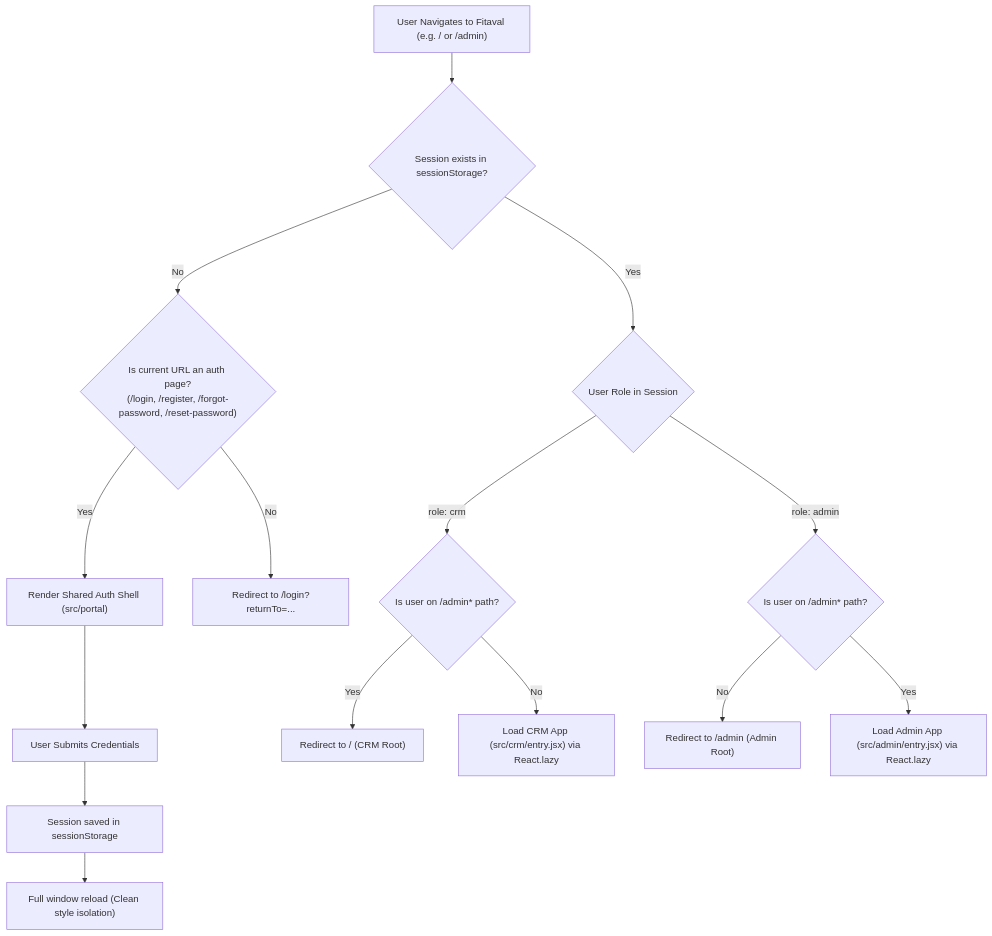
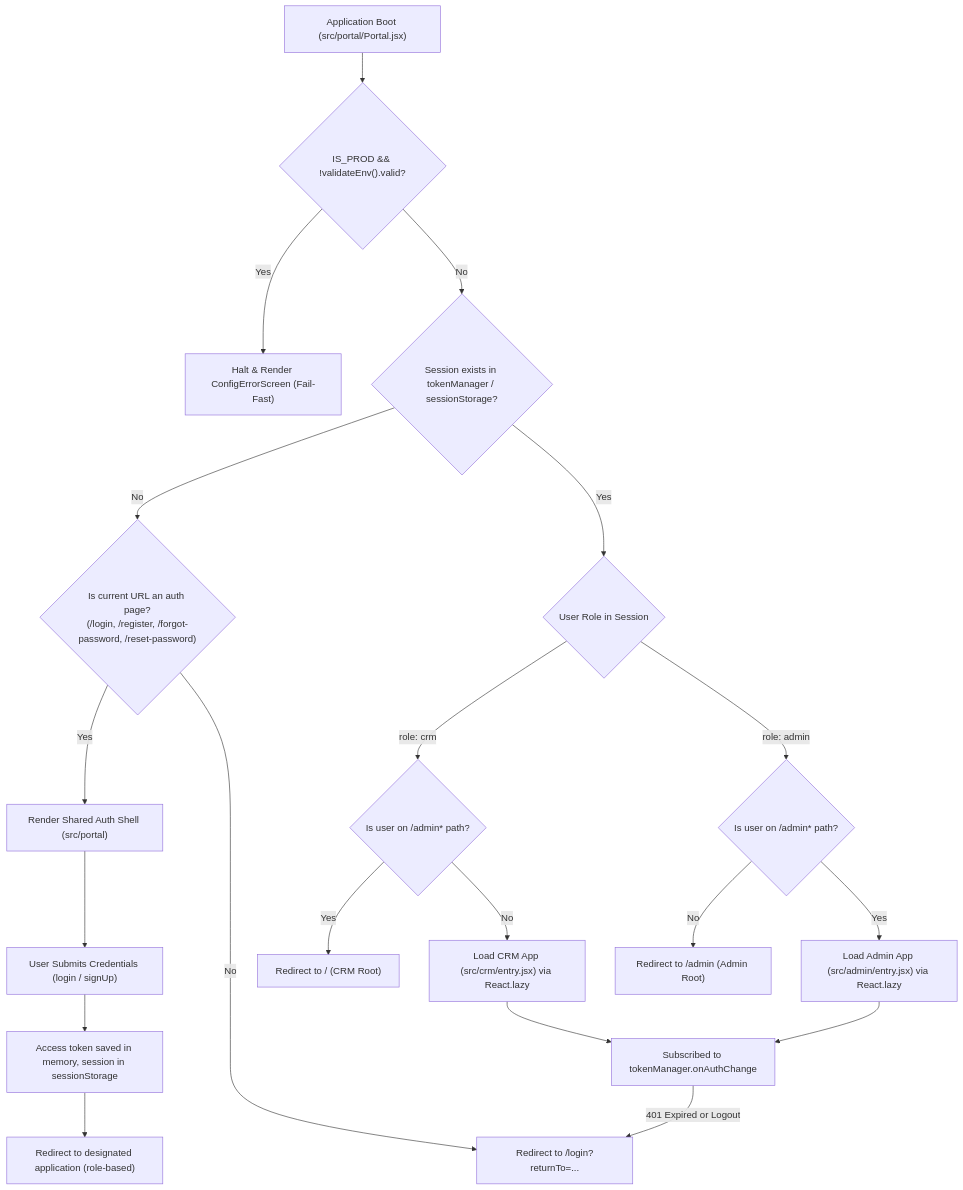
The first of 6 diagrams in docs/STATE_AND_ROUTING.md (Bineesh627/Fitaval), drawn with Mermaid before and after one commit. The commit also changed other lines of this file and 9 other files, not shown here.

````diff
--- a/docs/STATE_AND_ROUTING.md
+++ b/docs/STATE_AND_ROUTING.md
@@ -11,22 +11,28 @@
 ```mermaid
 flowchart TD
-    A["User Navigates to Fitaval (e.g. / or /admin)"] --> B{"Session exists in sessionStorage?"}
+    A["Application Boot (src/portal/Portal.jsx)"] --> ENV{"IS_PROD && !validateEnv().valid?"}
+    ENV -- Yes --> ERR["Halt & Render ConfigErrorScreen (Fail-Fast)"]
+    ENV -- No --> B{"Session exists in tokenManager / sessionStorage?"}
     
     B -- No --> C{"Is current URL an auth page?<br>(/login, /register, /forgot-password, /reset-password)"}
     C -- Yes --> D["Render Shared Auth Shell (src/portal)"]
     C -- No --> E["Redirect to /login?returnTo=..."]
     
     B -- Yes --> F{"User Role in Session"}
     
     F -- "role: crm" --> G{"Is user on /admin* path?"}
     G -- Yes --> H["Redirect to / (CRM Root)"]
     G -- No --> I["Load CRM App (src/crm/entry.jsx) via React.lazy"]
     
     F -- "role: admin" --> J{"Is user on /admin* path?"}
     J -- No --> K["Redirect to /admin (Admin Root)"]
     J -- Yes --> L["Load Admin App (src/admin/entry.jsx) via React.lazy"]
 
-    D --> M["User Submits Credentials"]
-    M --> N["Session saved in sessionStorage"]
-    N --> O["Full window reload (Clean style isolation)"]
+    D --> M["User Submits Credentials (login / signUp)"]
+    M --> N["Access token saved in memory, session in sessionStorage"]
+    N --> O["Redirect to designated application (role-based)"]
+
+    I --> SUB["Subscribed to tokenManager.onAuthChange"]
+    L --> SUB
+    SUB -- "401 Expired or Logout" --> E
 ```
````
